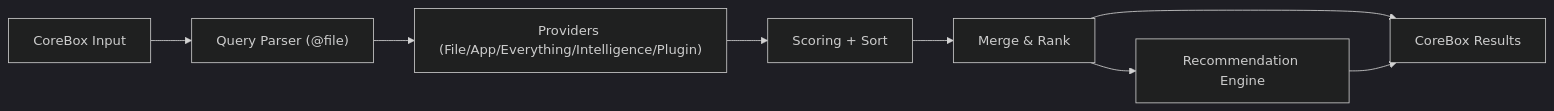
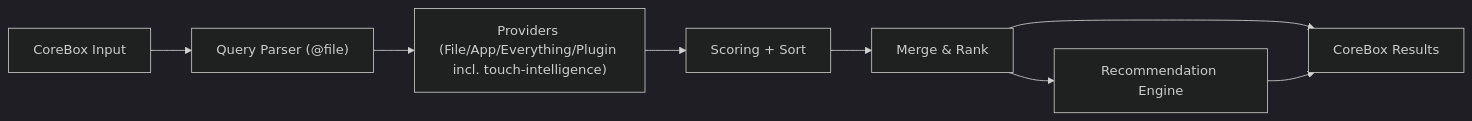
Before and after one commit to talex-touch/tuff: the diagram in apps/nexus/content/docs/dev/architecture/search-engine.en.mdc, drawn with Mermaid (dark theme). The commit also changed other lines of this file and 13 other files, not shown here.

````diff
--- a/apps/nexus/content/docs/dev/architecture/search-engine.en.mdc
+++ b/apps/nexus/content/docs/dev/architecture/search-engine.en.mdc
@@ -59,10 +59,10 @@
 ```mermaid
 flowchart LR
   input["CoreBox Input"] --> parser["Query Parser (@file)"]
-  parser --> providers["Providers (File/App/Everything/Intelligence/Plugin)"]
+  parser --> providers["Providers (File/App/Everything/Plugin incl. touch-intelligence)"]
   providers --> score["Scoring + Sort"]
   score --> merge["Merge & Rank"]
   merge --> output["CoreBox Results"]
   merge --> rec["Recommendation Engine"]
   rec --> output
 ```
````
